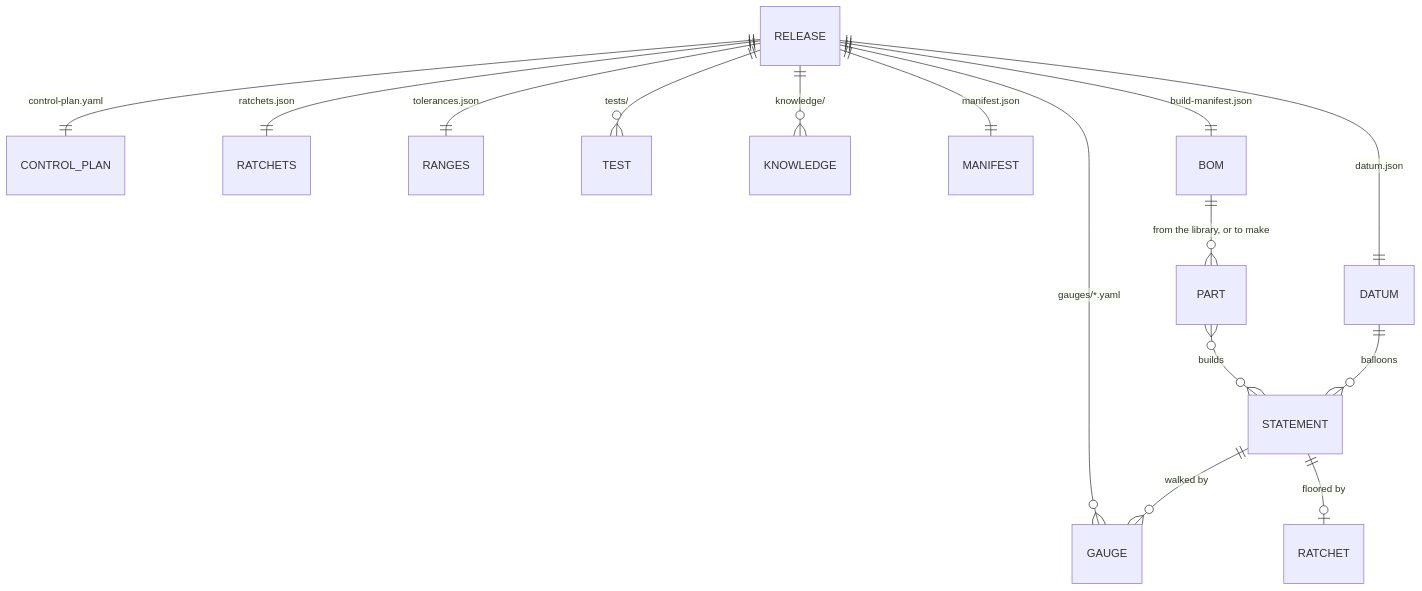
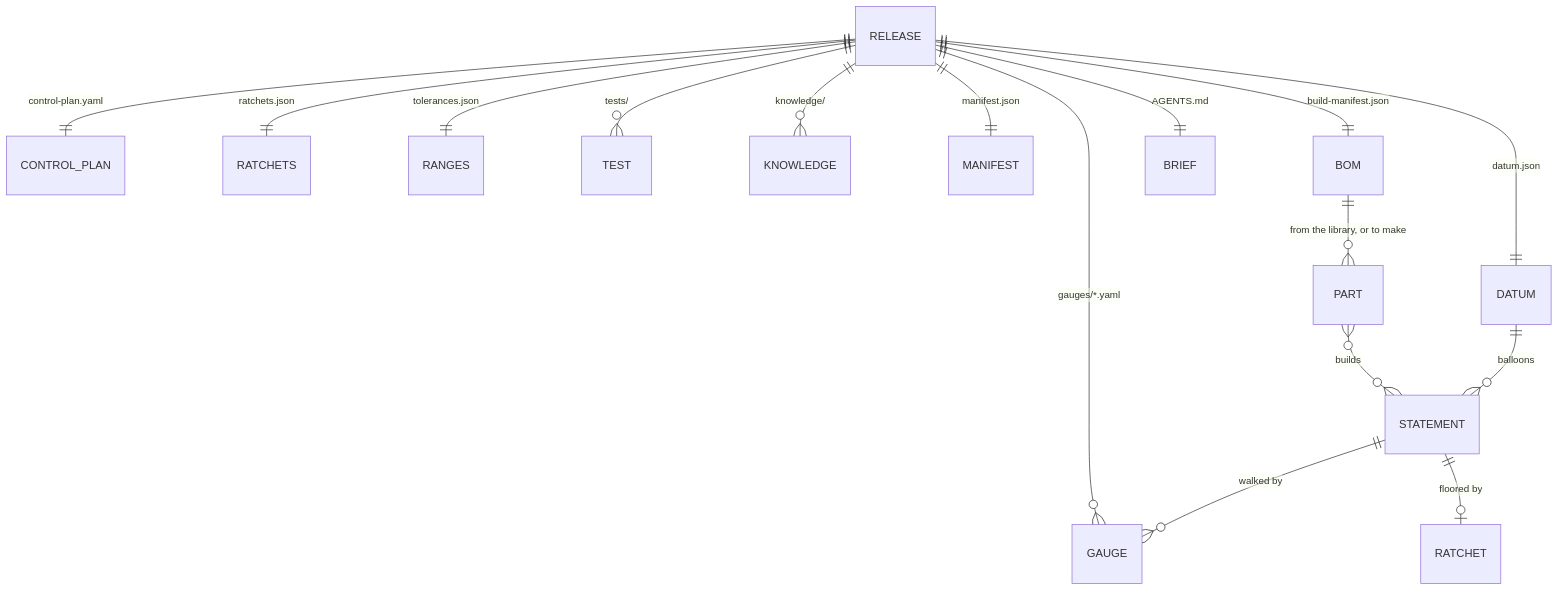
One commit to russlittle/ZTHR changed the second of 2 diagrams in intent/README.md. Above: the diagram before and after it, drawn with Mermaid. The commit also changed other lines of this file and 15 other files, not shown here.

````diff
--- a/intent/README.md
+++ b/intent/README.md
@@ -36,17 +36,18 @@
 ```mermaid
 erDiagram
   RELEASE ||--|| DATUM : "datum.json"
   RELEASE ||--o{ GAUGE : "gauges/*.yaml"
   RELEASE ||--|| CONTROL_PLAN : "control-plan.yaml"
   RELEASE ||--|| RATCHETS : "ratchets.json"
   RELEASE ||--|| RANGES : "tolerances.json"
   RELEASE ||--o{ TEST : "tests/"
   RELEASE ||--o{ KNOWLEDGE : "knowledge/"
   RELEASE ||--|| MANIFEST : "manifest.json"
   RELEASE ||--|| BOM : "build-manifest.json"
+  RELEASE ||--|| BRIEF : "AGENTS.md"
   BOM ||--o{ PART : "from the library, or to make"
   PART }o--o{ STATEMENT : "builds"
   DATUM ||--o{ STATEMENT : "balloons"
   STATEMENT ||--o{ GAUGE : "walked by"
   STATEMENT ||--o| RATCHET : "floored by"
 ```
````
